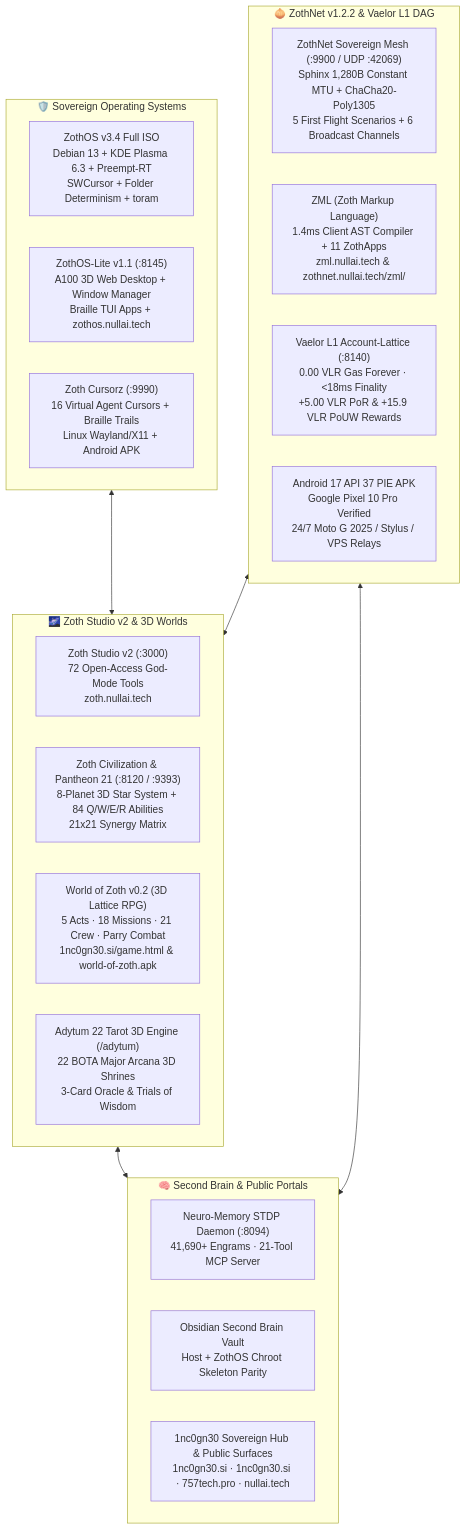
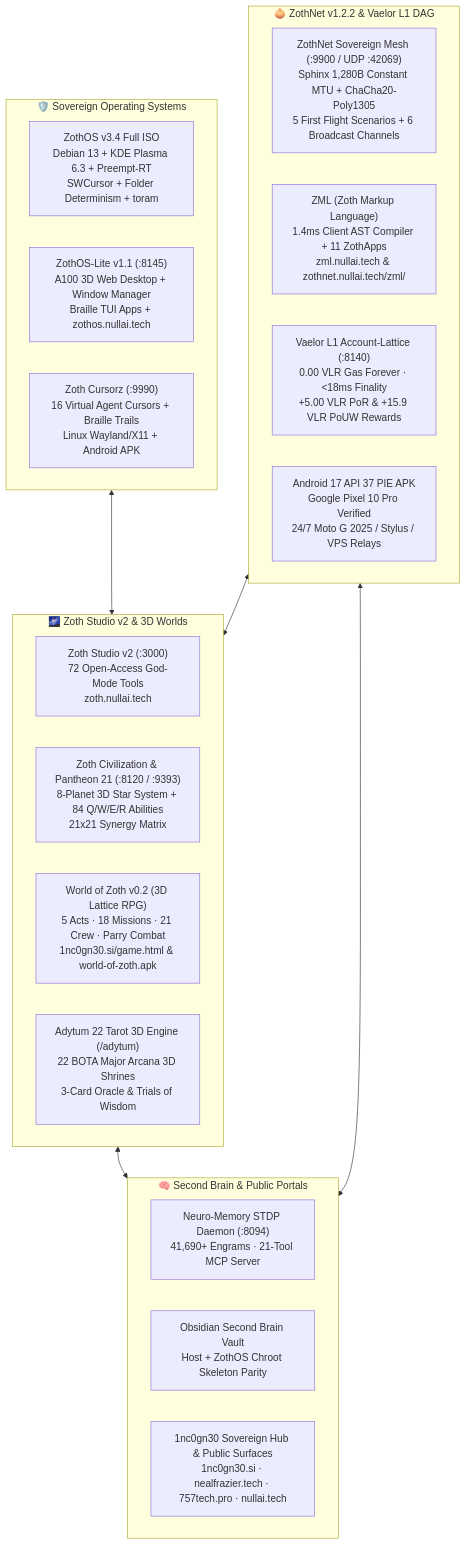
Before and after one commit to 1nc0gn30/zoth-os: the diagram in config/includes.chroot/etc/skel/Documents/Obsidian Vault/00 Home.md, drawn with Mermaid. The commit also changed other lines of this file and 5 other files, not shown here.

````diff
--- a/config/includes.chroot/etc/skel/Documents/Obsidian Vault/00 Home.md
+++ b/config/includes.chroot/etc/skel/Documents/Obsidian Vault/00 Home.md
@@ -45,33 +45,33 @@
 ```mermaid
 flowchart TD
     subgraph CoreOS["🛡️ Sovereign Operating Systems"]
         ZOS["ZothOS v3.4 Full ISO<br/>Debian 13 + KDE Plasma 6.3 + Preempt-RT<br/>SWCursor + Folder Determinism + toram"]
         ZLITE["ZothOS-Lite v1.1 (:8145)<br/>A100 3D Web Desktop + Window Manager<br/>Braille TUI Apps + zothos.nullai.tech"]
         CURSORZ["Zoth Cursorz (:9990)<br/>16 Virtual Agent Cursors + Braille Trails<br/>Linux Wayland/X11 + Android APK"]
     end
 
     subgraph MeshL1["🧅 ZothNet v1.2.2 & Vaelor L1 DAG"]
         ZNET["ZothNet Sovereign Mesh (:9900 / UDP :42069)<br/>Sphinx 1,280B Constant MTU + ChaCha20-Poly1305<br/>5 First Flight Scenarios + 6 Broadcast Channels"]
         ZML["ZML (Zoth Markup Language)<br/>1.4ms Client AST Compiler + 11 ZothApps<br/>zml.nullai.tech & zothnet.nullai.tech/zml/"]
         VLR["Vaelor L1 Account-Lattice (:8140)<br/>0.00 VLR Gas Forever · <18ms Finality<br/>+5.00 VLR PoR & +15.9 VLR PoUW Rewards"]
         APK_MESH["Android 17 API 37 PIE APK<br/>Google Pixel 10 Pro Verified<br/>24/7 Moto G 2025 / Stylus / VPS Relays"]
     end
 
     subgraph StudioWorld["🌌 Zoth Studio v2 & 3D Worlds"]
         ZSTUDIO["Zoth Studio v2 (:3000)<br/>72 Open-Access God-Mode Tools<br/>zoth.nullai.tech"]
         PANTHEON["Zoth Civilization & Pantheon 21 (:8120 / :9393)<br/>8-Planet 3D Star System + 84 Q/W/E/R Abilities<br/>21x21 Synergy Matrix"]
         WOZ["World of Zoth v0.2 (3D Lattice RPG)<br/>5 Acts · 18 Missions · 21 Crew · Parry Combat<br/>1nc0gn30.si/game.html & world-of-zoth.apk"]
         ADYTUM["Adytum 22 Tarot 3D Engine (/adytum)<br/>22 BOTA Major Arcana 3D Shrines<br/>3-Card Oracle & Trials of Wisdom"]
     end
 
     subgraph MemoryHub["🧠 Second Brain & Public Portals"]
         NEURO["Neuro-Memory STDP Daemon (:8094)<br/>41,690+ Engrams · 21-Tool MCP Server"]
         VAULT["Obsidian Second Brain Vault<br/>Host + ZothOS Chroot Skeleton Parity"]
-        HUB["1nc0gn30 Sovereign Hub & Public Surfaces<br/>1nc0gn30.si · 1nc0gn30.si · 757tech.pro · nullai.tech"]
+        HUB["1nc0gn30 Sovereign Hub & Public Surfaces<br/>1nc0gn30.si · nealfrazier.tech · 757tech.pro · nullai.tech"]
     end
 
     CoreOS <--> StudioWorld
     MeshL1 <--> StudioWorld
     StudioWorld <--> MemoryHub
     MeshL1 <--> MemoryHub
 ```
````
